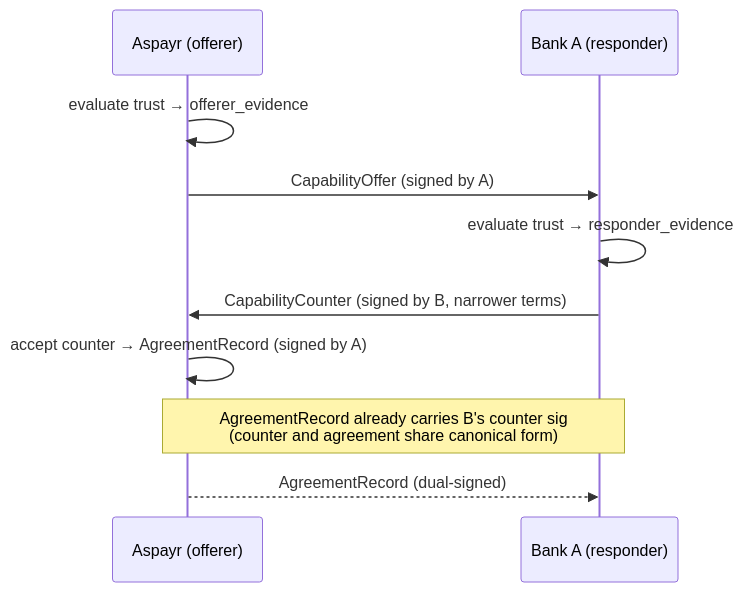
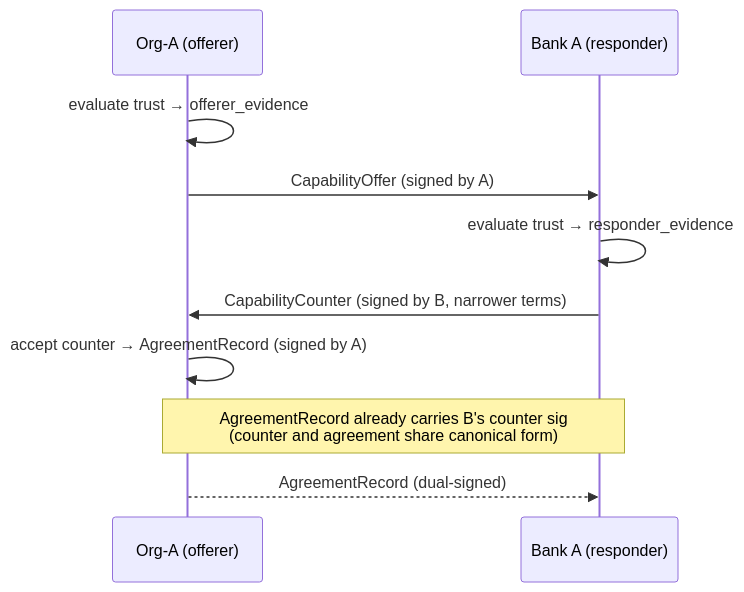
Before and after one commit to GenesisMeshLabs/genesismesh: the diagram in docs/examples/relationship-agreement.md, drawn with Mermaid. The commit also changed other lines of this file and 26 other files, not shown here.

````diff
--- a/docs/examples/relationship-agreement.md
+++ b/docs/examples/relationship-agreement.md
@@ -13,13 +13,13 @@
 ```{mermaid}
 sequenceDiagram
-    participant A as Aspayr (offerer)
+    participant A as Org-A (offerer)
     participant B as Bank A (responder)
 
     A->>A: evaluate trust → offerer_evidence
     A->>B: CapabilityOffer (signed by A)
     B->>B: evaluate trust → responder_evidence
     B->>A: CapabilityCounter (signed by B, narrower terms)
     A->>A: accept counter → AgreementRecord (signed by A)
     note over A,B: AgreementRecord already carries B's counter sig<br/>(counter and agreement share canonical form)
     A-->>B: AgreementRecord (dual-signed)
 ```
````
